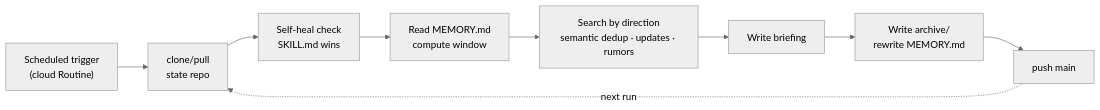
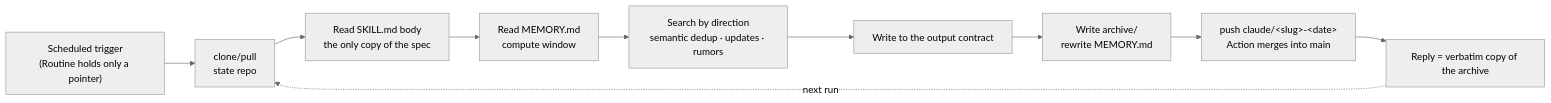
The diagram in README.en.md (nonnoob/claude-briefings), drawn with Mermaid (neutral theme) before and after one commit. The commit also changed other lines of this file and 1 other file, not shown here.

````diff
--- a/README.en.md
+++ b/README.en.md
@@ -47,11 +56,12 @@
 ```mermaid
 flowchart LR
-    A["Scheduled trigger<br/>(cloud Routine)"] --> B["clone/pull<br/>state repo"]
-    B --> C["Self-heal check<br/>SKILL.md wins"]
+    A["Scheduled trigger<br/>(Routine holds only a pointer)"] --> B["clone/pull<br/>state repo"]
+    B --> C["Read SKILL.md body<br/>the only copy of the spec"]
     C --> D["Read MEMORY.md<br/>compute window"]
     D --> E["Search by direction<br/>semantic dedup · updates · rumors"]
-    E --> F["Write briefing"]
+    E --> F["Write to the output contract"]
     F --> G["Write archive/<br/>rewrite MEMORY.md"]
-    G --> H["push main"]
-    H -.next run.-> B
+    G --> H["push claude/&lt;slug&gt;-&lt;date&gt;<br/>Action merges into main"]
+    H --> I["Reply = verbatim copy of the archive"]
+    I -.next run.-> B
 ```
````
